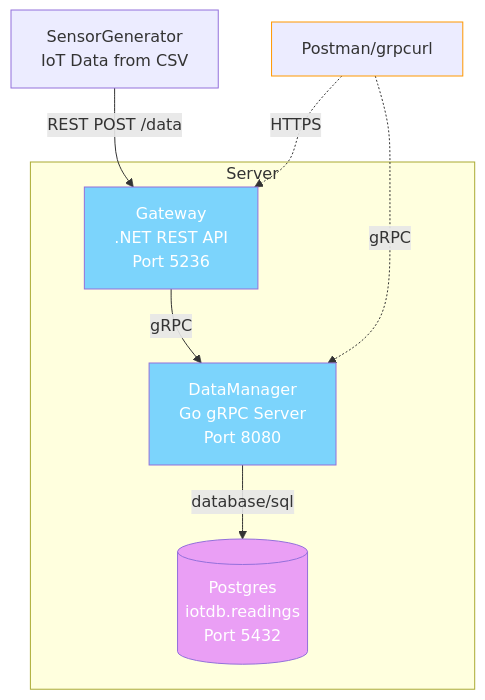
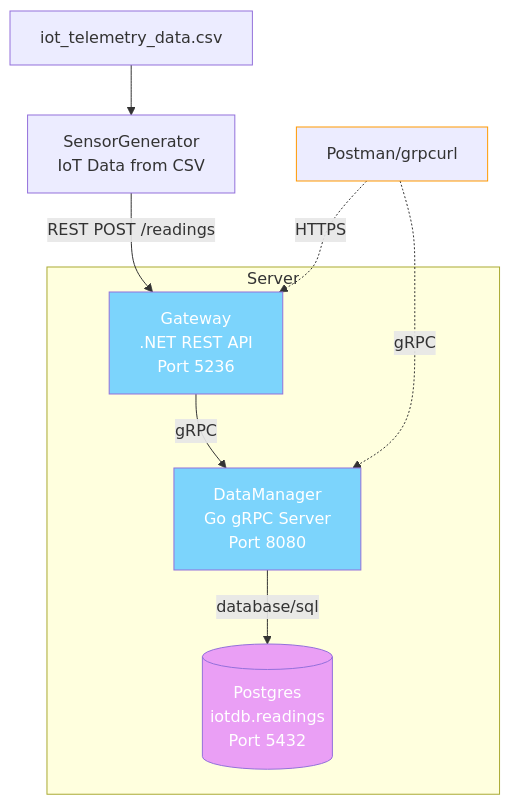
Before and after one commit to 39matt/Microservices: the diagram in README.md, drawn with Mermaid. The commit also changed other lines of this file and 25 other files, not shown here.

````diff
--- a/README.md
+++ b/README.md
@@ -24,25 +24,26 @@
 ```mermaid
 graph TB
-    SG[SensorGenerator<br/>IoT Data from CSV] -->|REST POST /data| GW[Gateway<br/>.NET REST API<br/>Port 5236]
+    Data[iot_telemetry_data.csv] -->  SG
+    SG[SensorGenerator<br/>IoT Data from CSV] -->|REST POST /readings| GW[Gateway<br/>.NET REST API<br/>Port 5236]
     PM[Postman/grpcurl] -.->|HTTPS| GW
     PM -.->|gRPC| DM
 
     GW -->|gRPC| DM[DataManager<br/>Go gRPC Server<br/>Port 8080]
     DM -->|database/sql| DB[(Postgres<br/>iotdb.readings<br/>Port 5432)]
     
     subgraph Server ["Server"]
         GW
         DM
         DB
     end
     
 
     
     classDef service fill:#7cd4fc,color:white
     classDef db fill:#ea9ff5,color:white
     classDef test stroke:#ff9800
     class GW,DM service
     class DB db
     class PM test
 
 ```
````
